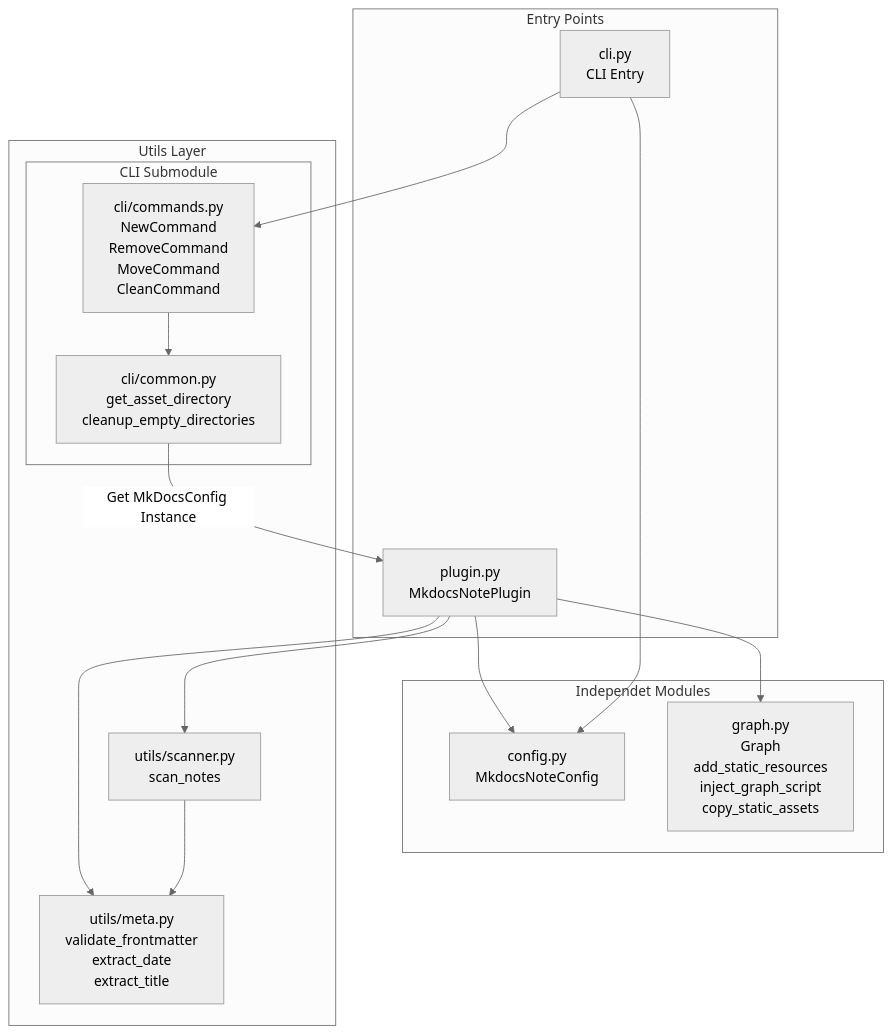
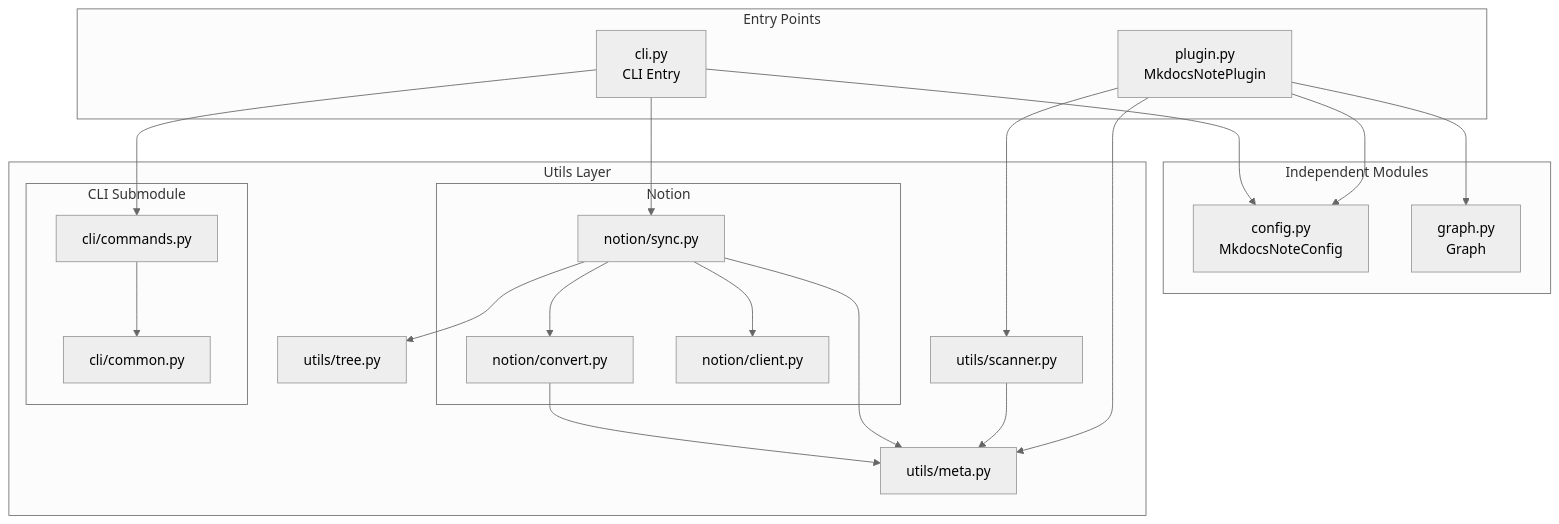
The first of 6 diagrams in docs/contributing/architecture.md (virtualguard101/mkdocs-note), drawn with Mermaid (neutral theme) before and after one commit. The commit also changed other lines of this file and 36 other files, not shown here.

First line of the commit message:
feat: add notion auto sync command line interface

````diff
--- a/docs/contributing/architecture.md
+++ b/docs/contributing/architecture.md
@@ -146,35 +147,46 @@
 ```mermaid
 graph TB
     subgraph "Entry Points"
         Plugin[plugin.py<br/>MkdocsNotePlugin]
         CLI[cli.py<br/>CLI Entry]
     end
     
-    subgraph "Independet Modules"
+    subgraph "Independent Modules"
         Config[config.py<br/>MkdocsNoteConfig]
-        Graph[graph.py<br/>Graph<br/>add_static_resources<br/>inject_graph_script<br/>copy_static_assets]
+        Graph[graph.py<br/>Graph]
     end
     
     subgraph "Utils Layer"
-        Meta[utils/meta.py<br/>validate_frontmatter<br/>extract_date<br/>extract_title]
-        Scanner[utils/scanner.py<br/>scan_notes]
+        Meta[utils/meta.py]
+        Scanner[utils/scanner.py]
+        Tree[utils/tree.py]
+        
+        subgraph "Notion"
+            Convert[notion/convert.py]
+            Client[notion/client.py]
+            Sync[notion/sync.py]
+        end
         
         subgraph "CLI Submodule"
-            Commands[cli/commands.py<br/>NewCommand<br/>RemoveCommand<br/>MoveCommand<br/>CleanCommand]
-            Common[cli/common.py<br/>get_asset_directory<br/>cleanup_empty_directories]
+            Commands[cli/commands.py]
+            Common[cli/common.py]
         end
     end
     
     Plugin --> Config
     Plugin --> Scanner
     Plugin --> Meta
     Plugin --> Graph
     
-    CLI ---> Config
+    CLI --> Config
     CLI --> Commands
+    CLI --> Sync
     
     Commands --> Common
     Scanner --> Meta
-    
-    Common -->|Get MkDocsConfig Instance| Plugin
+    Sync --> Convert
+    Sync --> Client
+    Sync --> Meta
+    Sync --> Tree
+    Convert --> Meta
 ```
````
